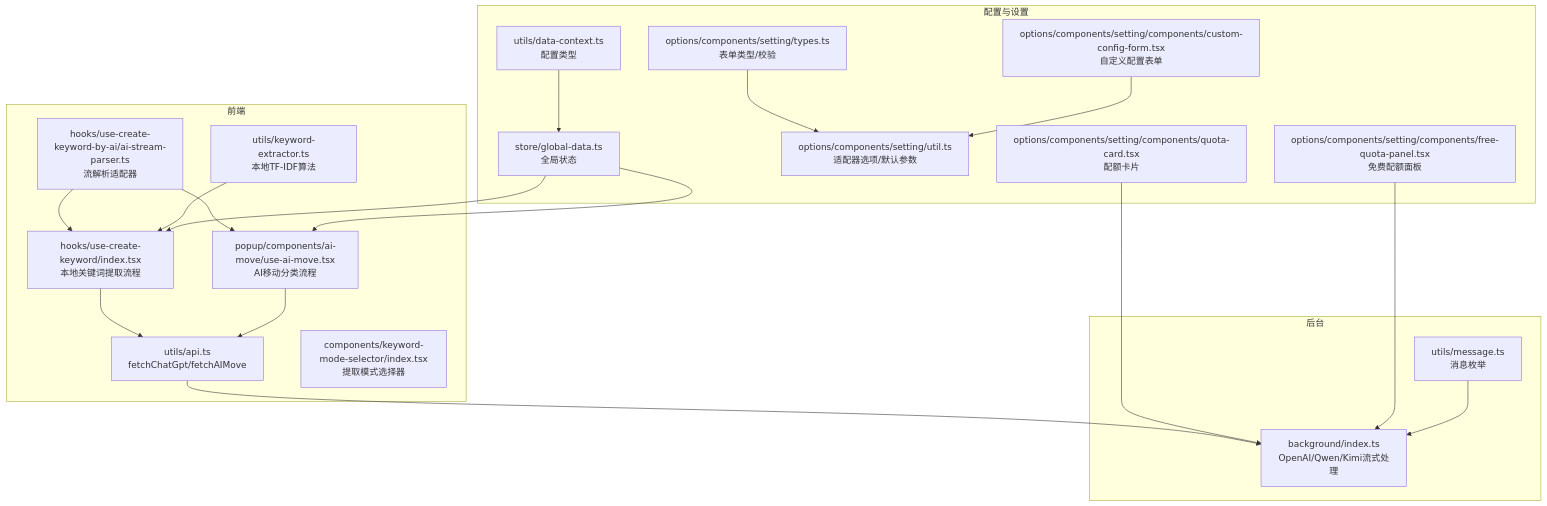
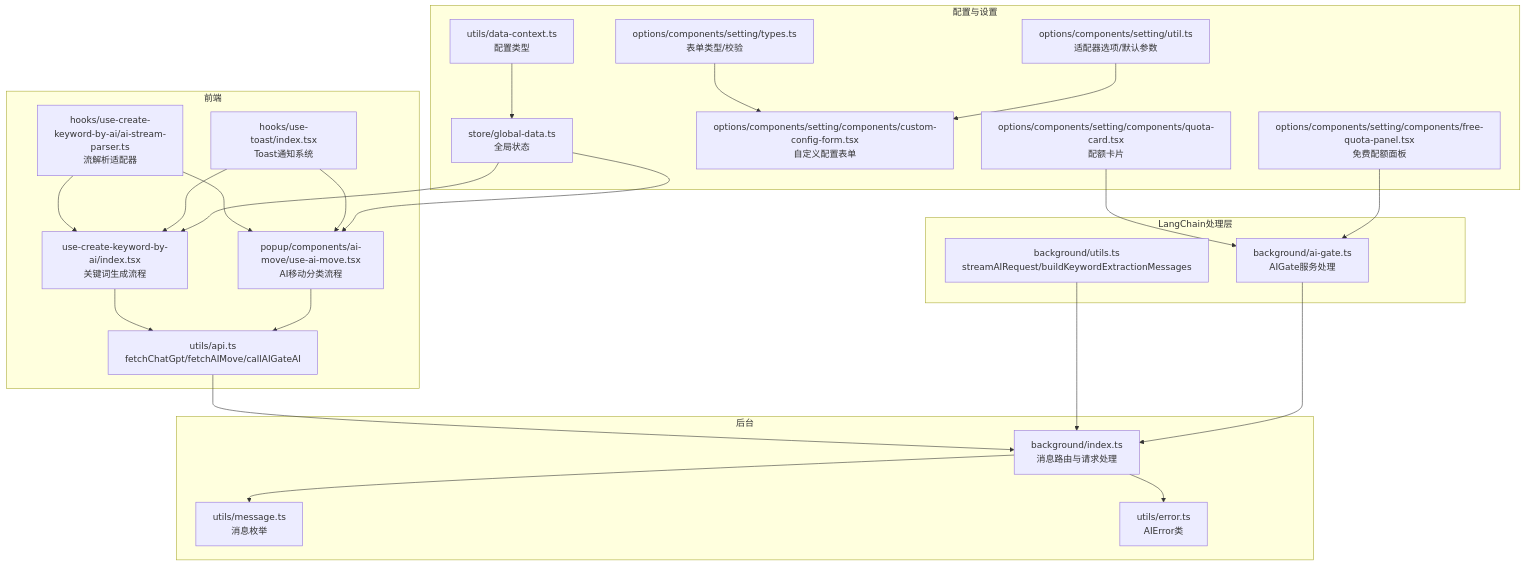
The first of 6 diagrams in .qoder/repowiki/zh/content/API参考文档/AI服务API.md (RadiumAg/bilibili-favorites), drawn with Mermaid before and after one commit. The commit also changed other lines of this file and 21 other files, not shown here.

````diff
--- a/.qoder/repowiki/zh/content/API参考文档/AI服务API.md
+++ b/.qoder/repowiki/zh/content/API参考文档/AI服务API.md
@@ -62,38 +70,46 @@
 ```mermaid
 graph TB
 subgraph "前端"
-A["hooks/use-create-keyword/index.tsx<br/>本地关键词提取流程"]
+A["use-create-keyword-by-ai/index.tsx<br/>关键词生成流程"]
 B["popup/components/ai-move/use-ai-move.tsx<br/>AI移动分类流程"]
-C["utils/api.ts<br/>fetchChatGpt/fetchAIMove"]
+C["utils/api.ts<br/>fetchChatGpt/fetchAIMove/callAIGateAI"]
 D["hooks/use-create-keyword-by-ai/ai-stream-parser.ts<br/>流解析适配器"]
-E["utils/keyword-extractor.ts<br/>本地TF-IDF算法"]
-F["components/keyword-mode-selector/index.tsx<br/>提取模式选择器"]
+E["hooks/use-toast/index.tsx<br/>Toast通知系统"]
+end
+subgraph "LangChain处理层"
+F["background/utils.ts<br/>streamAIRequest/buildKeywordExtractionMessages"]
+G["background/ai-gate.ts<br/>AIGate服务处理"]
 end
 subgraph "配置与设置"
-G["store/global-data.ts<br/>全局状态"]
-H["utils/data-context.ts<br/>配置类型"]
-I["options/components/setting/types.ts<br/>表单类型/校验"]
-J["options/components/setting/util.ts<br/>适配器选项/默认参数"]
-K["options/components/setting/components/custom-config-form.tsx<br/>自定义配置表单"]
-L["options/components/setting/components/quota-card.tsx<br/>配额卡片"]
-M["options/components/setting/components/free-quota-panel.tsx<br/>免费配额面板"]
+H["store/global-data.ts<br/>全局状态"]
+I["utils/data-context.ts<br/>配置类型"]
+J["options/components/setting/types.ts<br/>表单类型/校验"]
+K["options/components/setting/util.ts<br/>适配器选项/默认参数"]
+L["options/components/setting/components/custom-config-form.tsx<br/>自定义配置表单"]
+M["options/components/setting/components/quota-card.tsx<br/>配额卡片"]
+N["options/components/setting/components/free-quota-panel.tsx<br/>免费配额面板"]
 end
 subgraph "后台"
-N["background/index.ts<br/>OpenAI/Qwen/Kimi流式处理"]
-O["utils/message.ts<br/>消息枚举"]
+O["background/index.ts<br/>消息路由与请求处理"]
+P["utils/message.ts<br/>消息枚举"]
+Q["utils/error.ts<br/>AIError类"]
 end
 A --> C
 B --> C
-C --> N
+C --> O
 D --> A
 D --> B
 E --> A
-G --> A
-G --> B
-H --> G
-I --> J
-K --> J
-L --> N
-M --> N
-O --> N
+E --> B
+F --> O
+G --> O
+H --> A
+H --> B
+I --> H
+J --> L
+K --> L
+M --> G
+N --> G
+O --> P
+O --> Q
 ```
````
